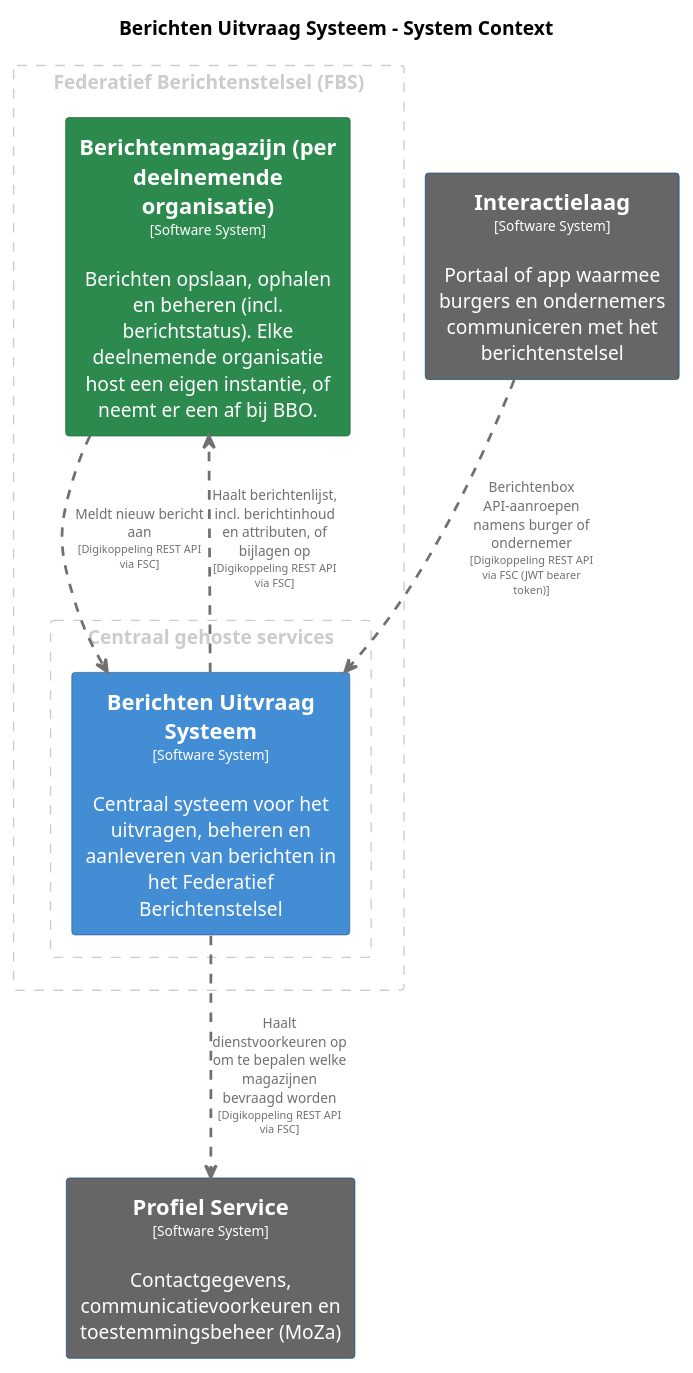
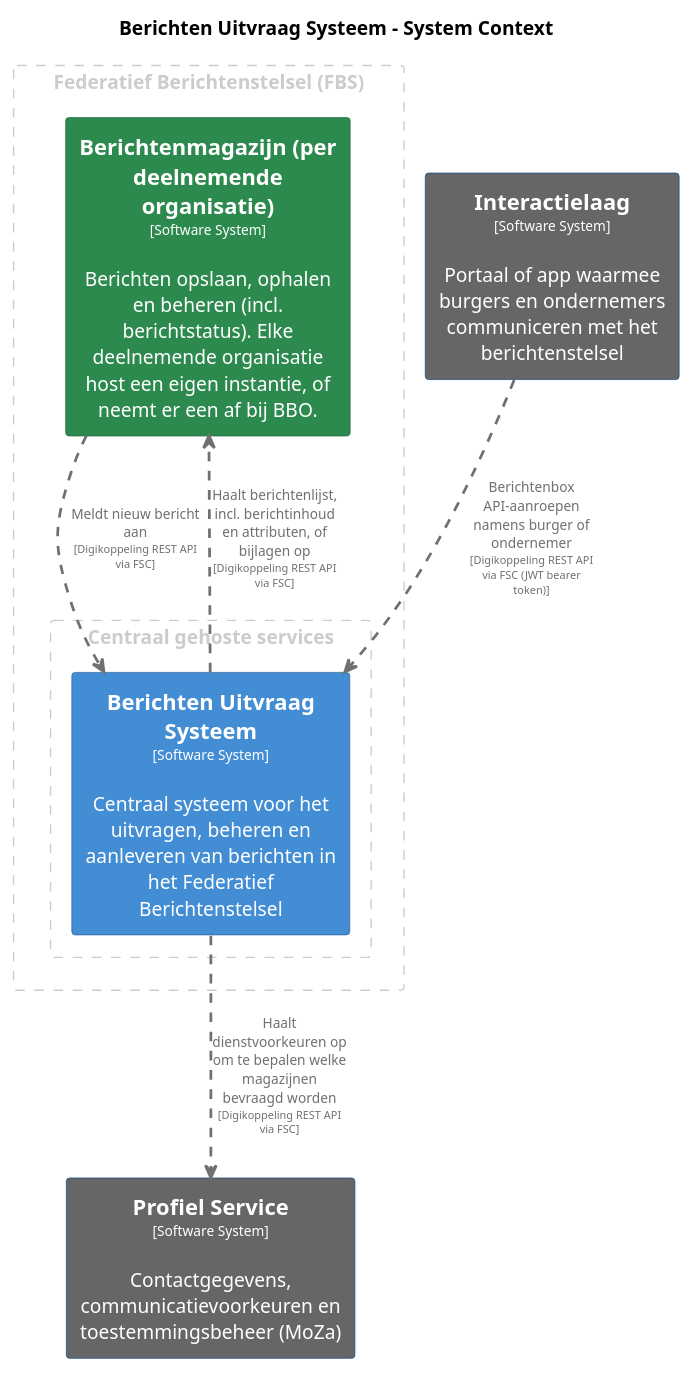
The diagram in master/puml/BerichtenUitvraagSysteem.puml (MinBZK/moza-poc-fbs-berichtenbox), drawn with PlantUML before and after one commit. The commit also changed other lines of this file and 37 other files, not shown here.

```diff
--- a/master/puml/BerichtenUitvraagSysteem.puml
+++ b/master/puml/BerichtenUitvraagSysteem.puml
@@ -1,66 +1,66 @@
 @startuml
 set separator none
 title Berichten Uitvraag Systeem - System Context
 
 top to bottom direction
 skinparam ranksep 60
 skinparam nodesep 30
 
 skinparam {
   arrowFontSize 10
   defaultTextAlignment center
   wrapWidth 200
   maxMessageSize 100
 }
 
 hide stereotype
 
 skinparam rectangle<<BerichtenUitvraagSysteem>> {
   BackgroundColor #438dd5
   FontColor #ffffff
   BorderColor #2e6295
   shadowing false
 }
 skinparam rectangle<<Berichtenmagazijnperdeelnemendeorganisatie>> {
   BackgroundColor #2d8a4e
   FontColor #ffffff
   BorderColor #1e6b38
   shadowing false
 }
 skinparam rectangle<<Interactielaag>> {
   BackgroundColor #666666
   FontColor #ffffff
   BorderColor #0b4884
   shadowing false
 }
 skinparam rectangle<<ProfielService>> {
   BackgroundColor #666666
   FontColor #ffffff
   BorderColor #0b4884
   shadowing false
 }
 
 rectangle "Federatief Berichtenstelsel (FBS)" <<group1>> as group1 {
   skinparam RectangleBorderColor<<group1>> #cccccc
   skinparam RectangleFontColor<<group1>> #cccccc
   skinparam RectangleBorderStyle<<group1>> dashed
 
   rectangle "==Berichtenmagazijn (per deelnemende organisatie)\n<size:10>[Software System]</size>\n\nBerichten opslaan, ophalen en beheren (incl. berichtstatus). Elke deelnemende organisatie host een eigen instantie, of neemt er een af bij BBO." <<Berichtenmagazijnperdeelnemendeorganisatie>> as Berichtenmagazijnperdeelnemendeorganisatie
     rectangle "Centraal gehoste services" <<group2>> as group2 {
       skinparam RectangleBorderColor<<group2>> #cccccc
       skinparam RectangleFontColor<<group2>> #cccccc
       skinparam RectangleBorderStyle<<group2>> dashed
 
       rectangle "==Berichten Uitvraag Systeem\n<size:10>[Software System]</size>\n\nCentraal systeem voor het uitvragen, beheren en aanleveren van berichten in het Federatief Berichtenstelsel" <<BerichtenUitvraagSysteem>> as BerichtenUitvraagSysteem
     }
 
 }
 
 rectangle "==Profiel Service\n<size:10>[Software System]</size>\n\nContactgegevens, communicatievoorkeuren en toestemmingsbeheer (MoZa)" <<ProfielService>> as ProfielService
 rectangle "==Interactielaag\n<size:10>[Software System]</size>\n\nPortaal of app waarmee burgers en ondernemers communiceren met het berichtenstelsel" <<Interactielaag>> as Interactielaag
 
+BerichtenUitvraagSysteem .[#707070,thickness=2].> Berichtenmagazijnperdeelnemendeorganisatie : "<color:#707070>Haalt berichtenlijst, incl. berichtinhoud en attributen, of bijlagen op\n<color:#707070><size:8>[Digikoppeling REST API via FSC]</size>"
 Berichtenmagazijnperdeelnemendeorganisatie .[#707070,thickness=2].> BerichtenUitvraagSysteem : "<color:#707070>Meldt nieuw bericht aan\n<color:#707070><size:8>[Digikoppeling REST API via FSC]</size>"
 BerichtenUitvraagSysteem .[#707070,thickness=2].> ProfielService : "<color:#707070>Haalt dienstvoorkeuren op om te bepalen welke magazijnen bevraagd worden\n<color:#707070><size:8>[Digikoppeling REST API via FSC]</size>"
 Interactielaag .[#707070,thickness=2].> BerichtenUitvraagSysteem : "<color:#707070>Berichtenbox API-aanroepen namens burger of ondernemer\n<color:#707070><size:8>[Digikoppeling REST API via FSC (JWT bearer token)]</size>"
-BerichtenUitvraagSysteem .[#707070,thickness=2].> Berichtenmagazijnperdeelnemendeorganisatie : "<color:#707070>Haalt berichtenlijst, incl. berichtinhoud en attributen, of bijlagen op\n<color:#707070><size:8>[Digikoppeling REST API via FSC]</size>"
 @enduml
```
